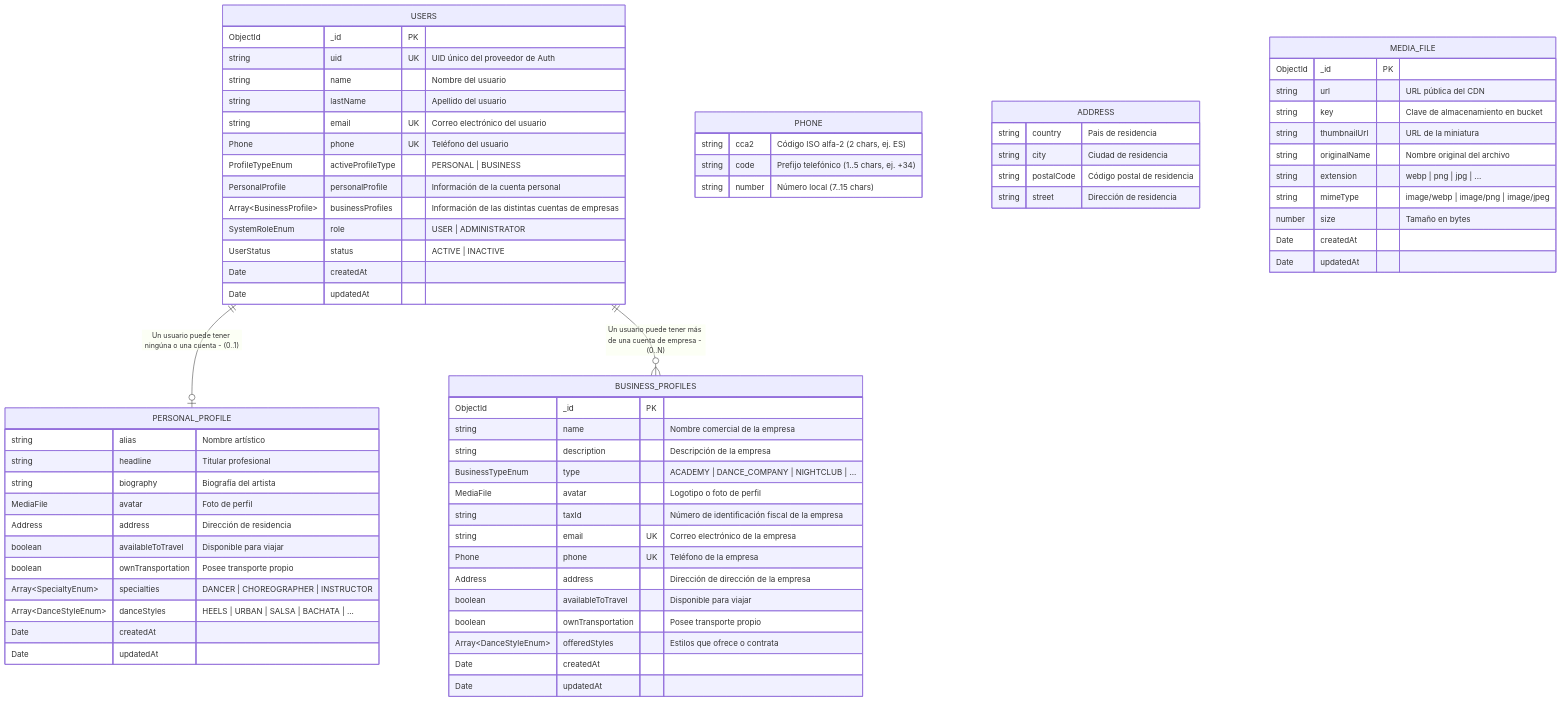
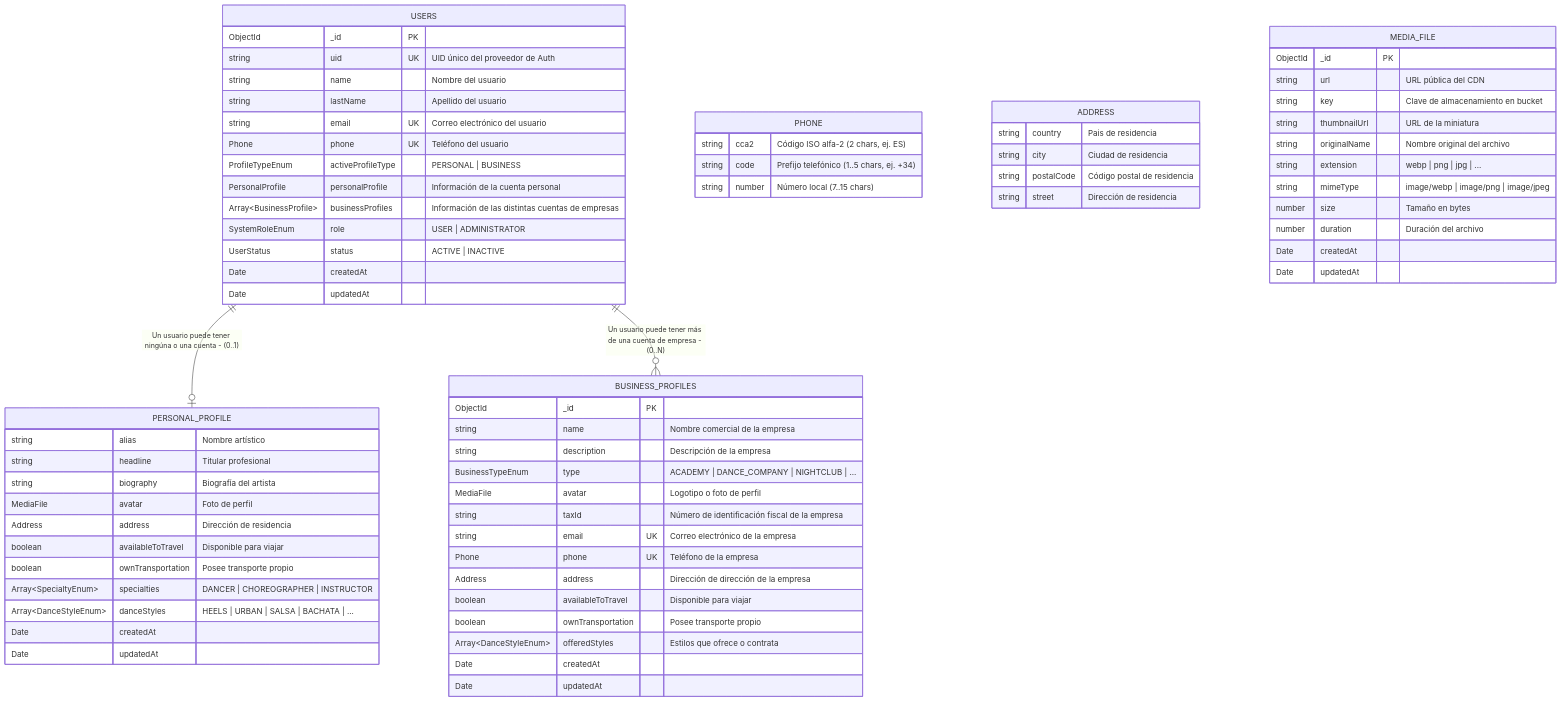
Before and after one commit to Joel287g/talent-hub: the diagram in docs/architecture/entity-relationship-diagram.md, drawn with Mermaid. The commit also changed 9 other files, not shown here.

```diff
--- a/docs/architecture/entity-relationship-diagram.md
+++ b/docs/architecture/entity-relationship-diagram.md
@@ -100,6 +100,7 @@
         string extension "webp | png | jpg | ..."
         string mimeType "image/webp | image/png | image/jpeg"
         number size "Tamaño en bytes"
+        number duration "Duración del archivo"
 
         Date createdAt
         Date updatedAt
```
